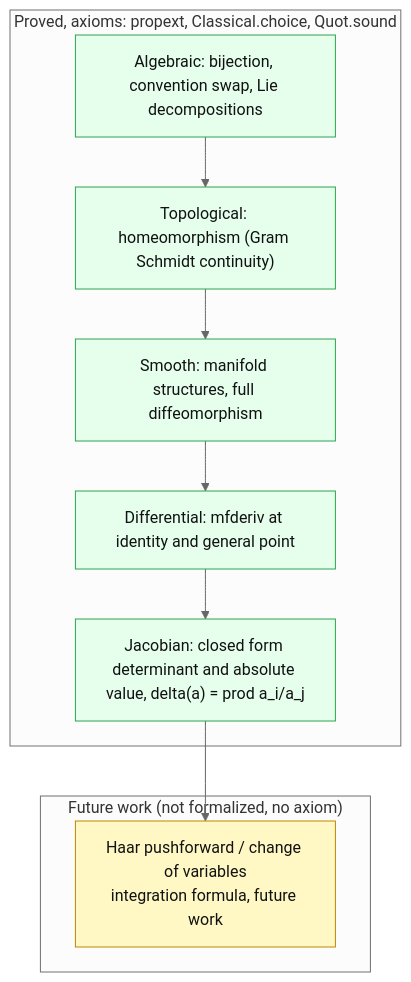
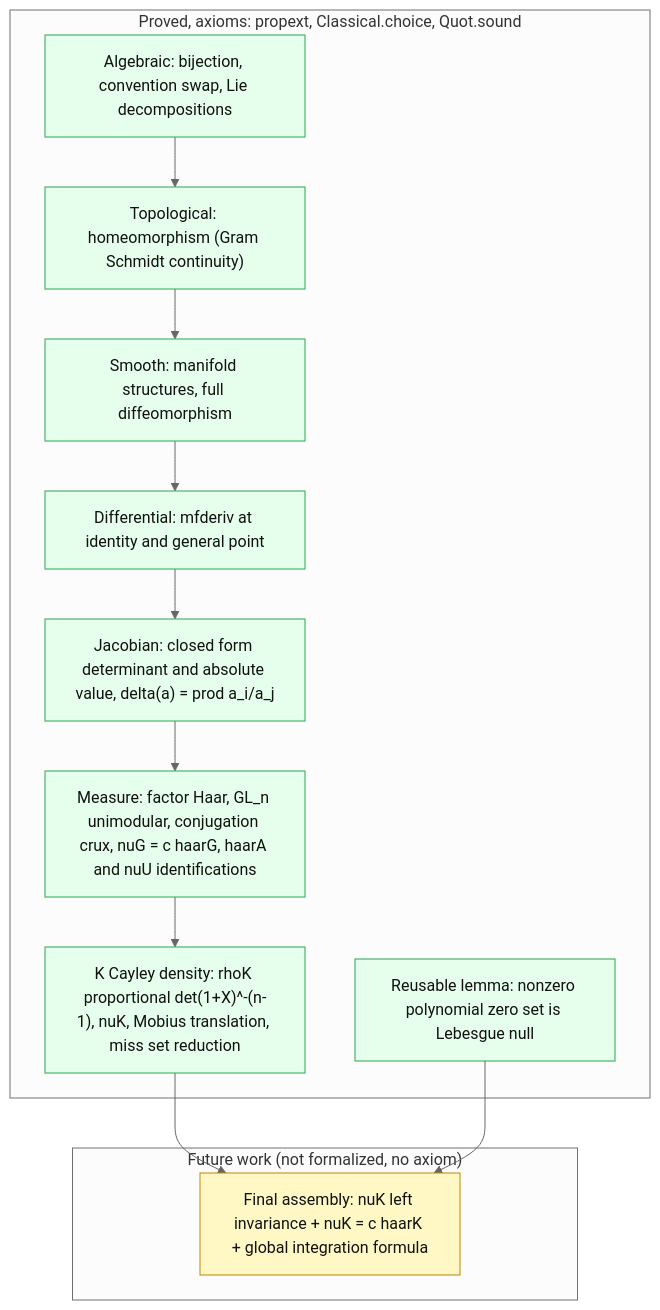
One commit to CuteSurtr/iwasawa-change-of-coordinates changed the second of 6 diagrams in README.md. Above: the diagram before and after it, drawn with Mermaid (neutral theme). The commit also changed other lines of this file, not shown here.

First line of the commit message:
Docs: comprehensive README update for the measure layer and verification methodology

````diff
--- a/README.md
+++ b/README.md
@@ -81,18 +102,22 @@
 ```mermaid
 flowchart TD
     subgraph CLEAN["Proved, axioms: propext, Classical.choice, Quot.sound"]
         S1["Algebraic: bijection, convention swap, Lie decompositions"]
         S2["Topological: homeomorphism (Gram Schmidt continuity)"]
         S3["Smooth: manifold structures, full diffeomorphism"]
         S4["Differential: mfderiv at identity and general point"]
         S5["Jacobian: closed form determinant and absolute value, delta(a) = prod a_i/a_j"]
+        S6["Measure: factor Haar, GL_n unimodular, conjugation crux, nuG = c haarG, haarA and nuU identifications"]
+        S7["K Cayley density: rhoK proportional det(1+X)^-(n-1), nuK, Mobius translation, miss set reduction"]
+        S8["Reusable lemma: nonzero polynomial zero set is Lebesgue null"]
     end
     subgraph AX["Future work (not formalized, no axiom)"]
-        H["Haar pushforward / change of variables<br/>integration formula, future work"]
+        H["Final assembly: nuK left invariance + nuK = c haarK + global integration formula"]
     end
-    S1 --> S2 --> S3 --> S4 --> S5 --> H
+    S1 --> S2 --> S3 --> S4 --> S5 --> S6 --> S7 --> H
+    S8 --> H
     classDef ok fill:#e6ffed,stroke:#2da44e,color:#111;
     classDef ax fill:#fff8c5,stroke:#bf8700,color:#111;
-    class S1,S2,S3,S4,S5 ok;
+    class S1,S2,S3,S4,S5,S6,S7,S8 ok;
     class H ax;
 ```
````
